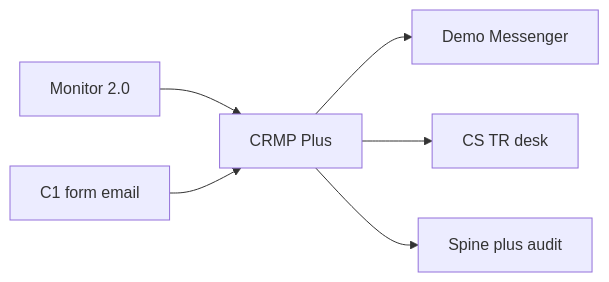
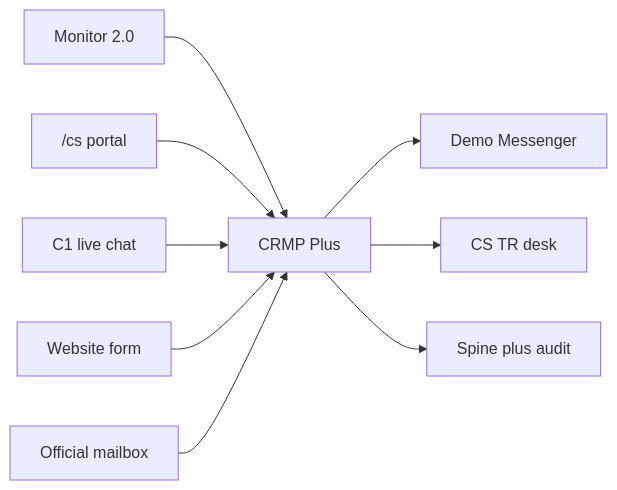
The first of 10 diagrams in platform/docs/PRD.md (hxyan2020/PRD), drawn with Mermaid before and after one commit. The commit also changed other lines of this file and 9 other files, not shown here.

````diff
--- a/platform/docs/PRD.md
+++ b/platform/docs/PRD.md
@@ -26,8 +27,11 @@
 ```mermaid
 graph LR
   Mon[Monitor 2.0] --> Plus[CRMP Plus]
-  CsIn[C1 form email] --> Plus
+  Portal["/cs portal"] --> Plus
+  C1[C1 live chat] --> Plus
+  Form[Website form] --> Plus
+  Mail[Official mailbox] --> Plus
   Plus --> Lark[Demo Messenger]
   Plus --> CsDesk[CS TR desk]
   Plus --> Audit[Spine plus audit]
 ```
````
